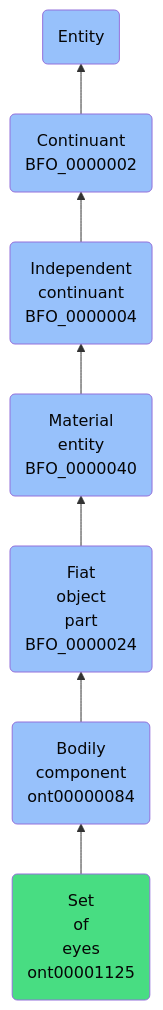
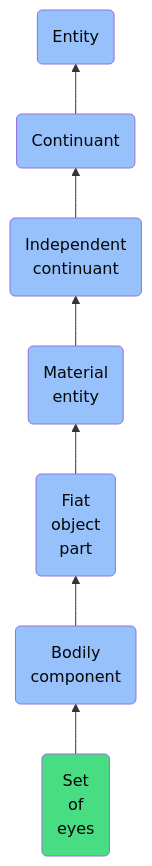
One commit to jupyter-naas/abi changed the diagram in docs/ontology/reference/model/Entity/Continuant/Independent continuant/Material entity/Fiat object part/Bodily component/Set of eyes/Set of eyes.md. Above: the diagram before and after it, drawn with Mermaid. The commit also changed other lines of this file and 1430 other files, not shown here.

````diff
--- a/docs/ontology/reference/model/Entity/Continuant/Independent continuant/Material entity/Fiat object part/Bodily component/Set of eyes/Set of eyes.md
+++ b/docs/ontology/reference/model/Entity/Continuant/Independent continuant/Material entity/Fiat object part/Bodily component/Set of eyes/Set of eyes.md
@@ -24,14 +24,14 @@
 ```mermaid
 graph BT
-    ont00001125(Set<br>of<br>eyes<br>ont00001125):::ABI-->ont00000084
-    ont00000084(Bodily<br>component<br>ont00000084):::BFO-->BFO_0000024
-    BFO_0000024(Fiat<br>object<br>part<br>BFO_0000024):::BFO-->BFO_0000040
-    BFO_0000040(Material<br>entity<br>BFO_0000040):::BFO-->BFO_0000004
-    BFO_0000004(Independent<br>continuant<br>BFO_0000004):::BFO-->BFO_0000002
-    BFO_0000002(Continuant<br>BFO_0000002):::BFO-->BFO_0000001
+    ont00001125(Set<br>of<br>eyes):::ABI-->ont00000084
+    ont00000084(Bodily<br>component):::BFO-->BFO_0000024
+    BFO_0000024(Fiat<br>object<br>part):::BFO-->BFO_0000040
+    BFO_0000040(Material<br>entity):::BFO-->BFO_0000004
+    BFO_0000004(Independent<br>continuant):::BFO-->BFO_0000002
+    BFO_0000002(Continuant):::BFO-->BFO_0000001
     BFO_0000001(Entity):::BFO
     
     classDef BFO fill:#97c1fb,color:#060606
     classDef CCO fill:#e4c51e,color:#060606
     classDef ABI fill:#48DD82,color:#060606
 ```
````
